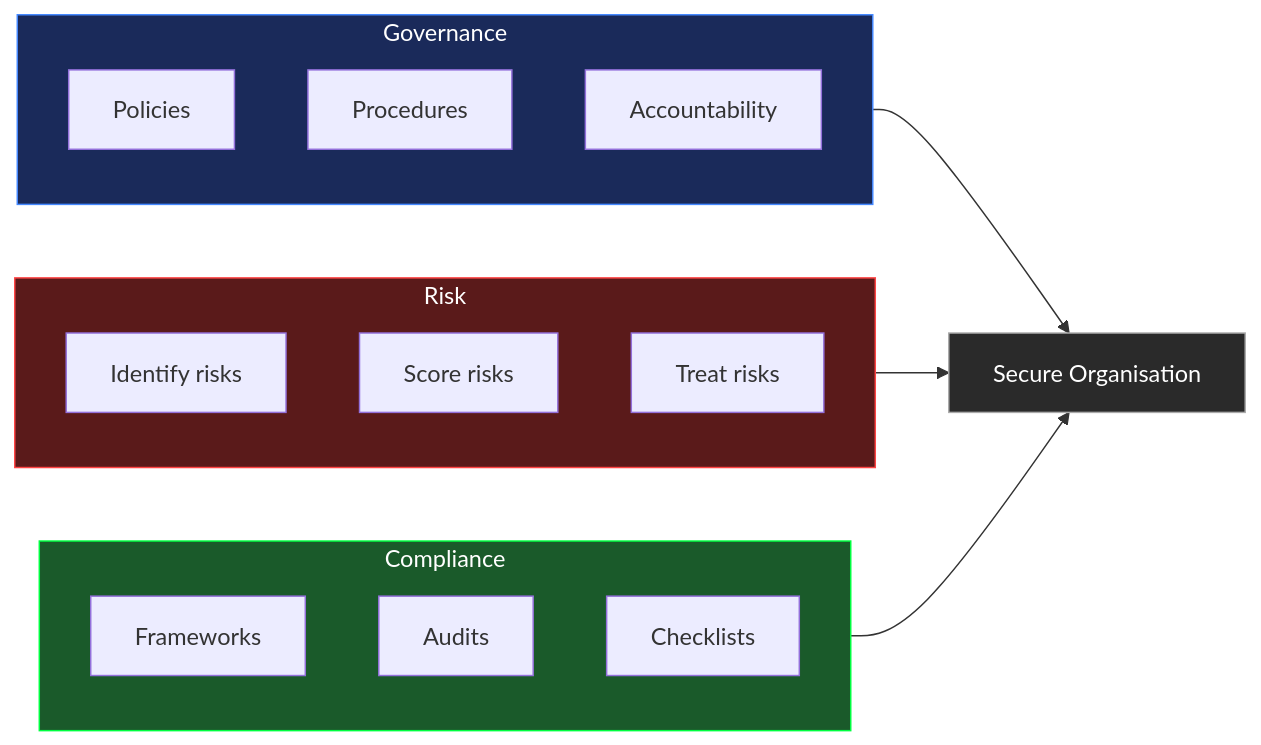
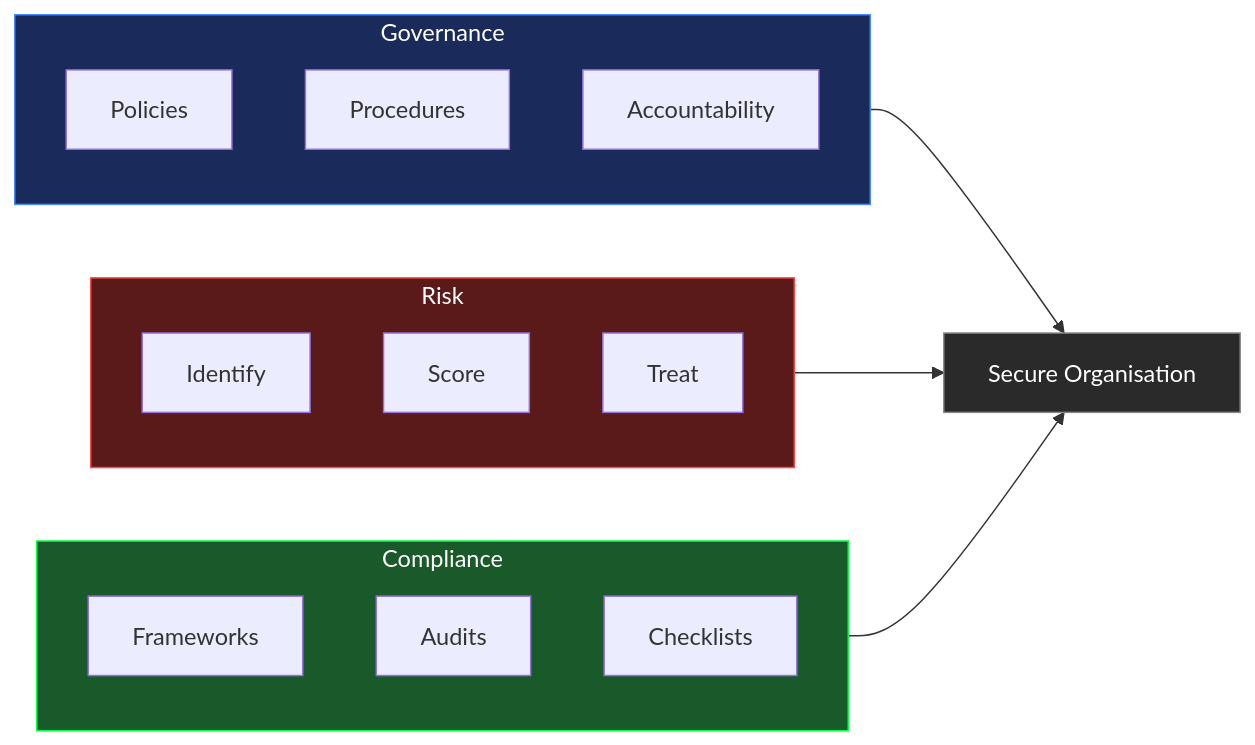
Before and after one commit to Speed-boo3/grc-project: the first of 5 diagrams in README.md, drawn with Mermaid. The commit also changed other lines of this file, not shown here.

````diff
--- a/README.md
+++ b/README.md
@@ -33,32 +31,26 @@
 ```mermaid
 flowchart LR
     subgraph GOV[Governance]
-        direction TB
         P[Policies]
         PR[Procedures]
         AC[Accountability]
     end
-
     subgraph RISK[Risk]
-        direction TB
-        ID[Identify risks]
-        SC[Score risks]
-        TR[Treat risks]
+        ID[Identify]
+        SC[Score]
+        TR[Treat]
     end
-
     subgraph COMP[Compliance]
-        direction TB
         FR[Frameworks]
         AU[Audits]
         CH[Checklists]
     end
-
     GOV --> ORG[Secure Organisation]
     RISK --> ORG
     COMP --> ORG
 
     style GOV fill:#1a2a5a,stroke:#4488ff,color:#ffffff
     style RISK fill:#5a1a1a,stroke:#ff4444,color:#ffffff
     style COMP fill:#1a5a2a,stroke:#00ff41,color:#ffffff
-    style ORG fill:#2a2a2a,stroke:#aaaaaa,color:#ffffff
+    style ORG fill:#2a2a2a,stroke:#888888,color:#ffffff
 ```
````
